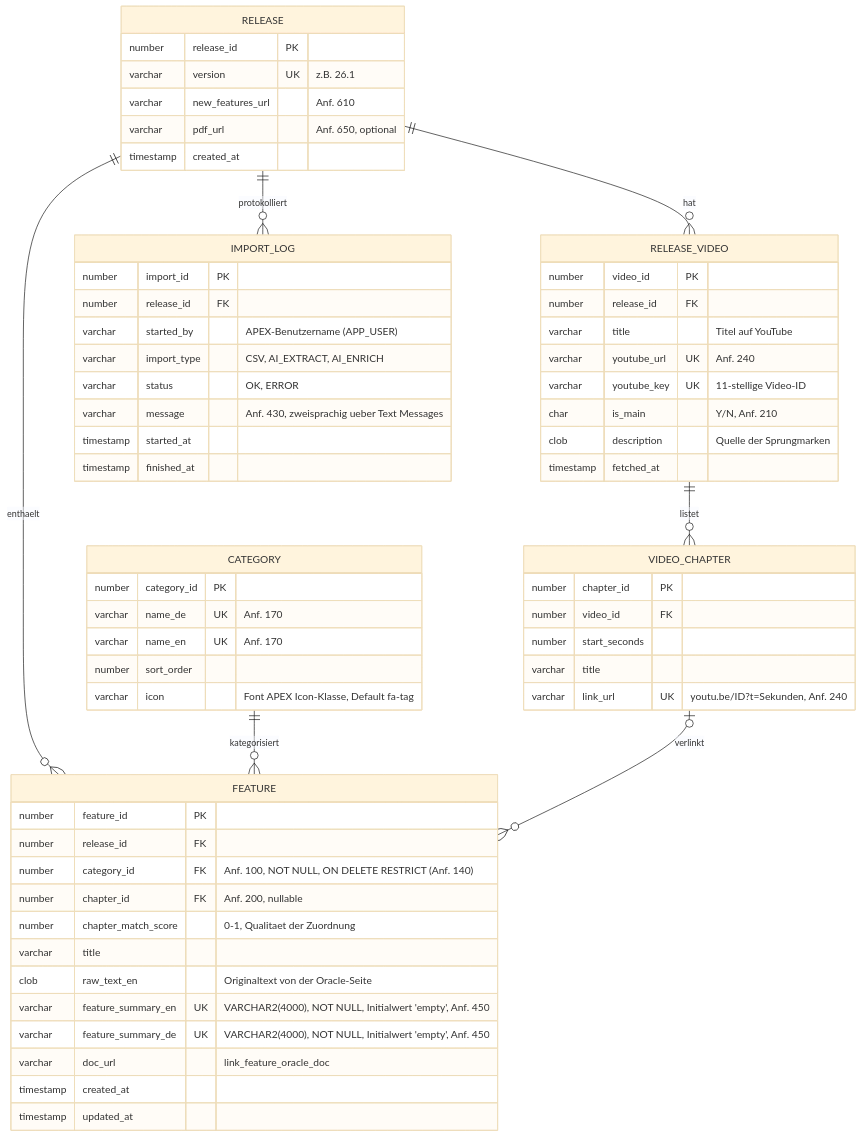
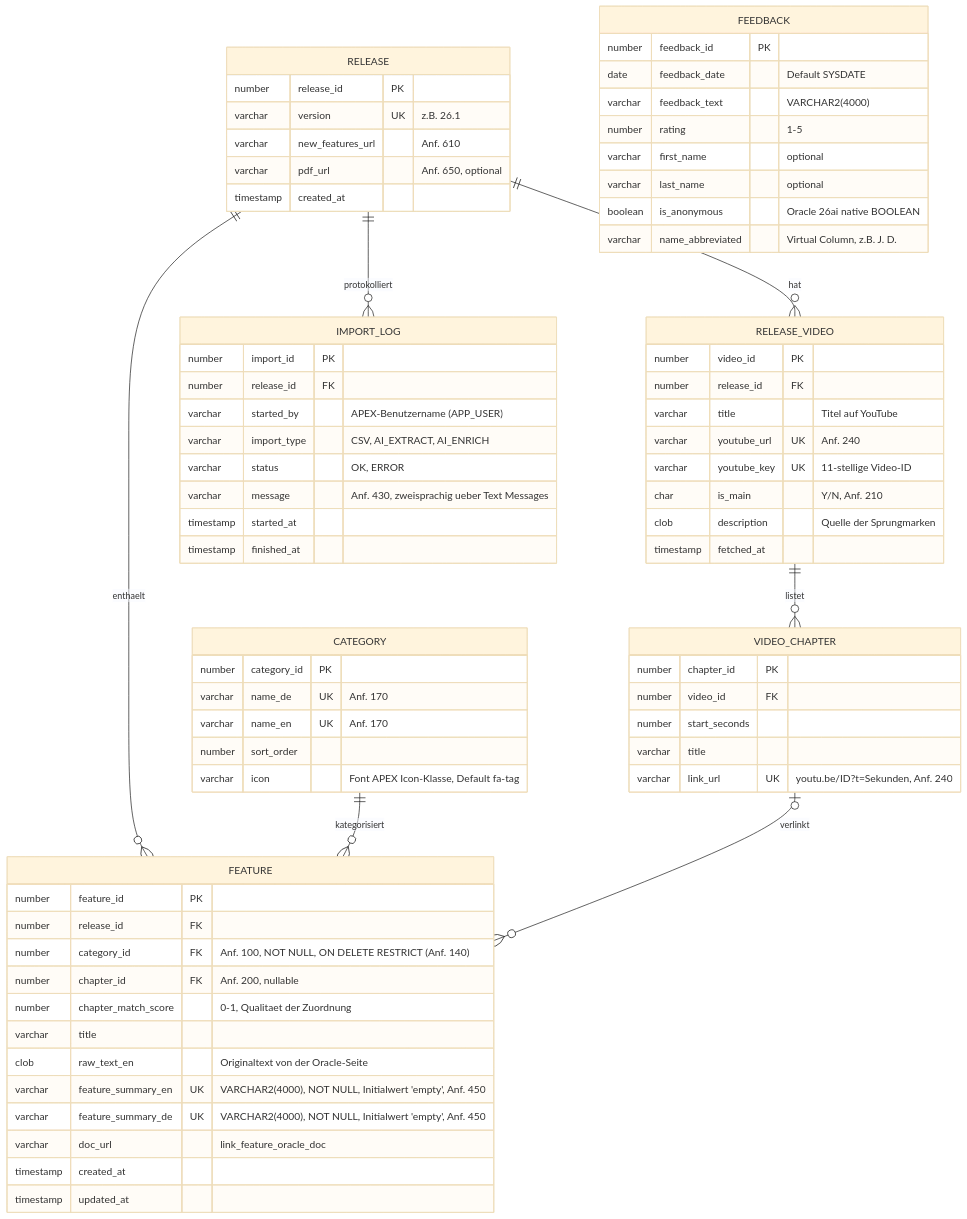
One commit to Nafets-Rezlop/apxnfo changed the diagram in er_model_nfo.md. Above: the diagram before and after it, drawn with Mermaid (base theme). The commit also changed other lines of this file and 3 other files, not shown here.

Commit message:
Add t_nfo_feedbacks table and v_nfo_ui_feedbacks view with native boolean

````diff
--- a/er_model_nfo.md
+++ b/er_model_nfo.md
@@ -5,65 +5,75 @@
 ```mermaid
 erDiagram
     RELEASE ||--o{ FEATURE : enthaelt
     RELEASE ||--o{ RELEASE_VIDEO : hat
     RELEASE ||--o{ IMPORT_LOG : protokolliert
     RELEASE_VIDEO ||--o{ VIDEO_CHAPTER : listet
     CATEGORY ||--o{ FEATURE : kategorisiert
     VIDEO_CHAPTER |o--o{ FEATURE : verlinkt
 
     RELEASE {
         number release_id PK
         varchar version UK "z.B. 26.1"
         varchar new_features_url "Anf. 610"
         varchar pdf_url "Anf. 650, optional"
         timestamp created_at
     }
     CATEGORY {
         number category_id PK
         varchar name_de UK "Anf. 170"
         varchar name_en UK "Anf. 170"
         number sort_order
         varchar icon "Font APEX Icon-Klasse, Default fa-tag"
     }
     FEATURE {
         number feature_id PK
         number release_id FK
         number category_id FK "Anf. 100, NOT NULL, ON DELETE RESTRICT (Anf. 140)"
         number chapter_id FK "Anf. 200, nullable"
         number chapter_match_score "0-1, Qualitaet der Zuordnung"
         varchar title
         clob raw_text_en "Originaltext von der Oracle-Seite"
         varchar feature_summary_en UK "VARCHAR2(4000), NOT NULL, Initialwert 'empty', Anf. 450"
         varchar feature_summary_de UK "VARCHAR2(4000), NOT NULL, Initialwert 'empty', Anf. 450"
         varchar doc_url "link_feature_oracle_doc"
         timestamp created_at
         timestamp updated_at
     }
     RELEASE_VIDEO {
         number video_id PK
         number release_id FK
         varchar title "Titel auf YouTube"
         varchar youtube_url UK "Anf. 240"
         varchar youtube_key UK "11-stellige Video-ID"
         char is_main "Y/N, Anf. 210"
         clob description "Quelle der Sprungmarken"
         timestamp fetched_at
     }
     VIDEO_CHAPTER {
         number chapter_id PK
         number video_id FK
         number start_seconds
         varchar title
         varchar link_url UK "youtu.be/ID?t=Sekunden, Anf. 240"
     }
     IMPORT_LOG {
         number import_id PK
         number release_id FK
         varchar started_by "APEX-Benutzername (APP_USER)"
         varchar import_type "CSV, AI_EXTRACT, AI_ENRICH"
         varchar status "OK, ERROR"
         varchar message "Anf. 430, zweisprachig ueber Text Messages"
         timestamp started_at
         timestamp finished_at
     }
+    FEEDBACK {
+        number feedback_id PK
+        date feedback_date "Default SYSDATE"
+        varchar feedback_text "VARCHAR2(4000)"
+        number rating "1-5"
+        varchar first_name "optional"
+        varchar last_name "optional"
+        boolean is_anonymous "Oracle 26ai native BOOLEAN"
+        varchar name_abbreviated "Virtual Column, z.B. J. D."
+    }
 ```
````
